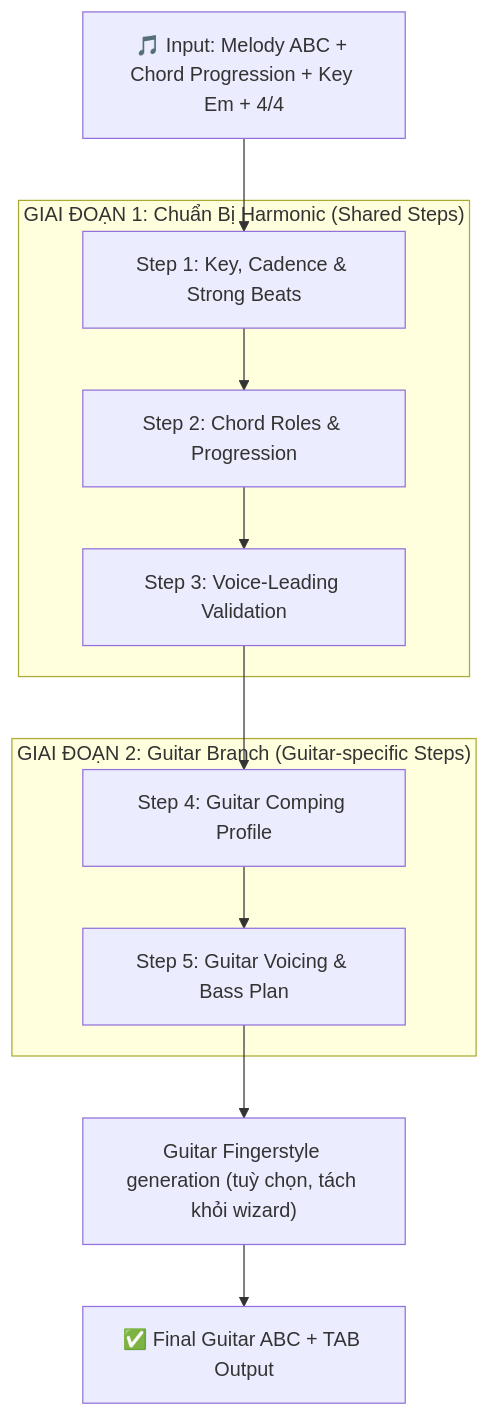
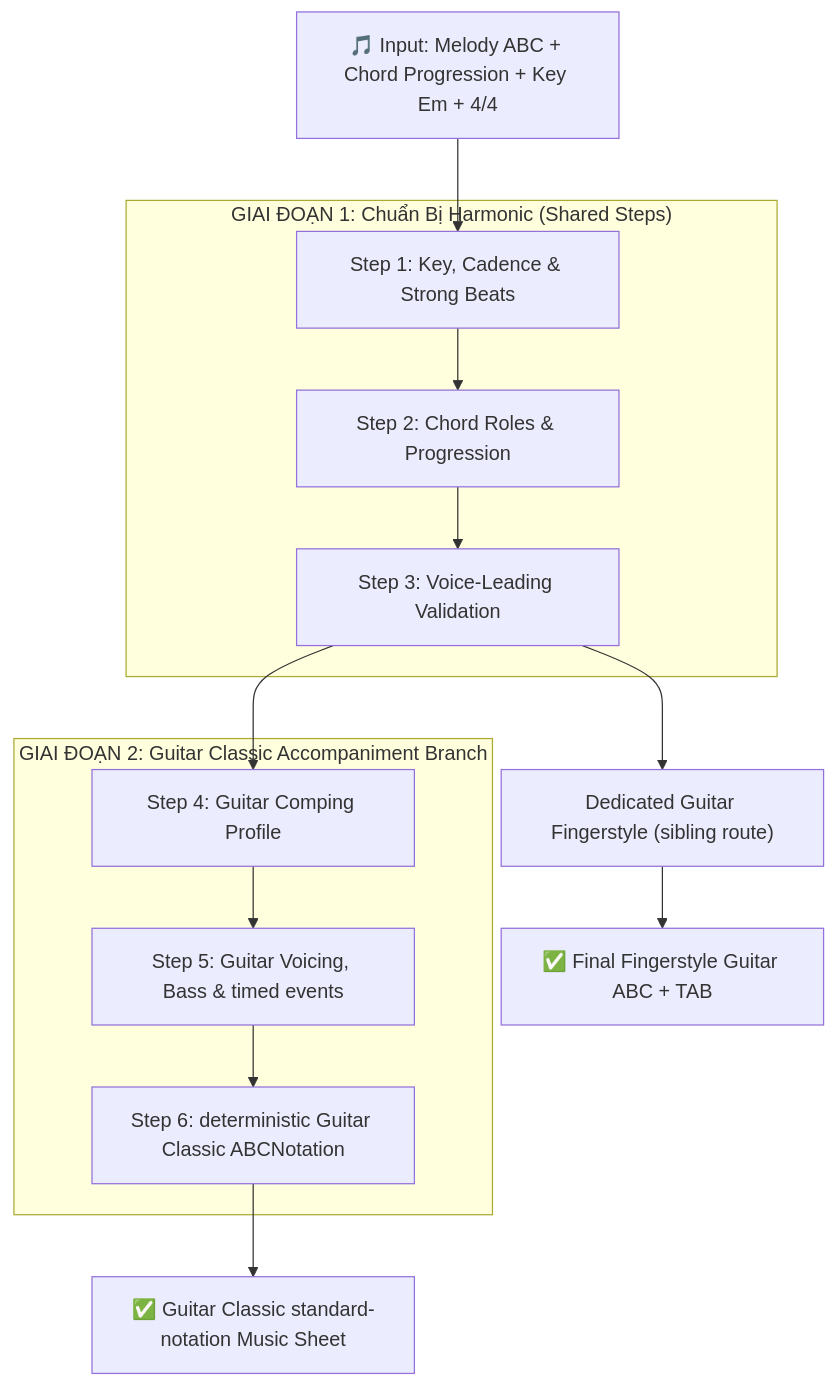
One commit to duyhunghd6/bhajan-song-composer changed the second of 3 diagrams in docs/guitar-accompaniment-theory.md. Above: the diagram before and after it, drawn with Mermaid. The commit also changed other lines of this file and 26 other files, not shown here.

First line of the commit message:
feat(accompaniment): balance devotional guitar support

````diff
--- a/docs/guitar-accompaniment-theory.md
+++ b/docs/guitar-accompaniment-theory.md
@@ -133,20 +151,22 @@
 ```mermaid
 flowchart TD
     A["🎵 Input: Melody ABC + Chord Progression + Key Em + 4/4"] --> B
 
     subgraph "GIAI ĐOẠN 1: Chuẩn Bị Harmonic (Shared Steps)"
         B["Step 1: Key, Cadence & Strong Beats"]
         B --> C["Step 2: Chord Roles & Progression"]
         C --> D["Step 3: Voice-Leading Validation"]
     end
 
     D --> G
 
-    subgraph "GIAI ĐOẠN 2: Guitar Branch (Guitar-specific Steps)"
+    subgraph "GIAI ĐOẠN 2: Guitar Classic Accompaniment Branch"
         G["Step 4: Guitar Comping Profile"]
-        G --> H["Step 5: Guitar Voicing & Bass Plan"]
+        G --> H["Step 5: Guitar Voicing, Bass & timed events"]
+        H --> I["Step 6: deterministic Guitar Classic ABCNotation"]
     end
 
-    H --> J["Guitar Fingerstyle generation (tuỳ chọn, tách khỏi wizard)"]
-    J --> K["✅ Final Guitar ABC + TAB Output"]
+    I --> K["✅ Guitar Classic standard-notation Music Sheet"]
+    D --> J["Dedicated Guitar Fingerstyle (sibling route)"]
+    J --> L["✅ Final Fingerstyle Guitar ABC + TAB"]
 ```
````
